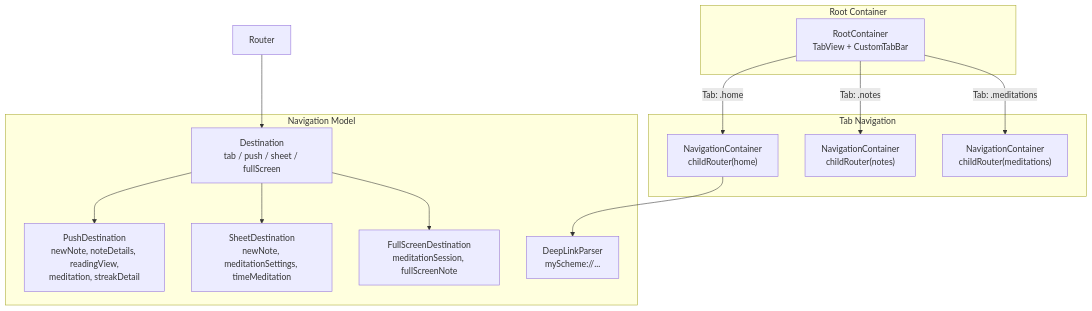
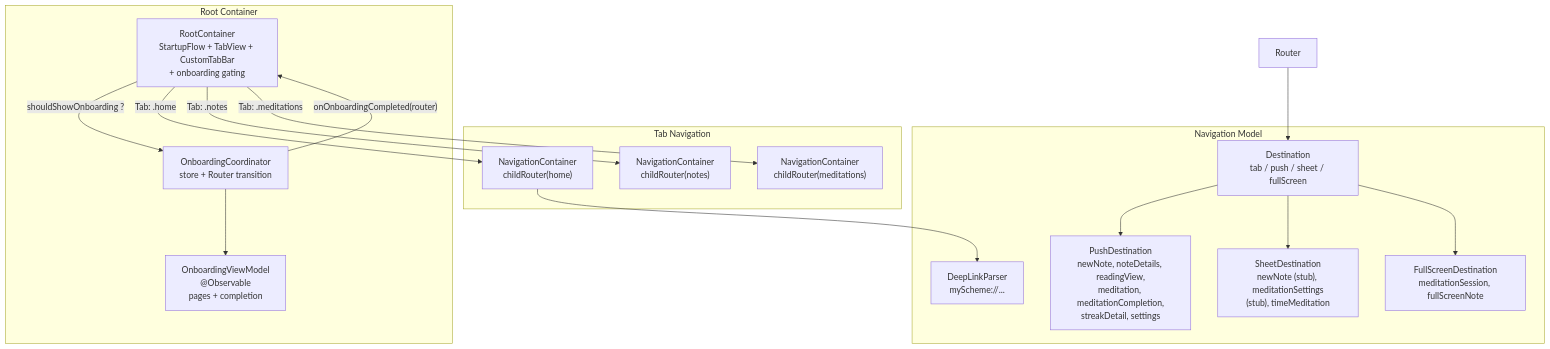
Before and after one commit to kwazzar/MeditateAndNote: the second of 8 diagrams in ARCHITECTURE.md, drawn with Mermaid. The commit also changed other lines of this file, not shown here.

Commit message:
docs: update ARCHITECTURE.md for onboarding, reminders, streak insights and concurrency changes

````diff
--- a/ARCHITECTURE.md
+++ b/ARCHITECTURE.md
@@ -49,30 +73,36 @@
 ```mermaid
 graph TB
     subgraph Root["Root Container"]
-        RootView["RootContainer<br/>TabView + CustomTabBar"]
+        RootView["RootContainer<br/>StartupFlow + TabView + CustomTabBar<br/>+ onboarding gating"]
+        Onb["OnboardingCoordinator<br/>store + Router transition"]
+        OnbVM["OnboardingViewModel<br/>@Observable<br/>pages + completion"]
     end
+
+    RootView -->|"shouldShowOnboarding ?"| Onb
+    Onb -->|"onOnboardingCompleted(router)"| RootView
+    Onb --> OnbVM
 
     RootView -->|"Tab: .home"| NavHome
     RootView -->|"Tab: .notes"| NavNotes
     RootView -->|"Tab: .meditations"| NavMeditations
 
     subgraph Tabs["Tab Navigation"]
         NavHome["NavigationContainer<br/>childRouter(home)"]
         NavNotes["NavigationContainer<br/>childRouter(notes)"]
         NavMeditations["NavigationContainer<br/>childRouter(meditations)"]
     end
 
     subgraph Nav["Navigation Model"]
         Dest["Destination<br/>tab / push / sheet / fullScreen"]
-        Push["PushDestination<br/>newNote, noteDetails, readingView,<br/>meditation, streakDetail"]
-        Sheet["SheetDestination<br/>newNote, meditationSettings, timeMeditation"]
+        Push["PushDestination<br/>newNote, noteDetails, readingView,<br/>meditation, meditationCompletion,<br/>streakDetail, settings"]
+        Sheet["SheetDestination<br/>newNote (stub), meditationSettings<br/>(stub), timeMeditation"]
         Full["FullScreenDestination<br/>meditationSession, fullScreenNote"]
         Deep["DeepLinkParser<br/>myScheme://..."]
     end
 
     Dest --> Push
     Dest --> Sheet
     Dest --> Full
     Router --> Dest
     NavHome --> Deep
 ```
````
